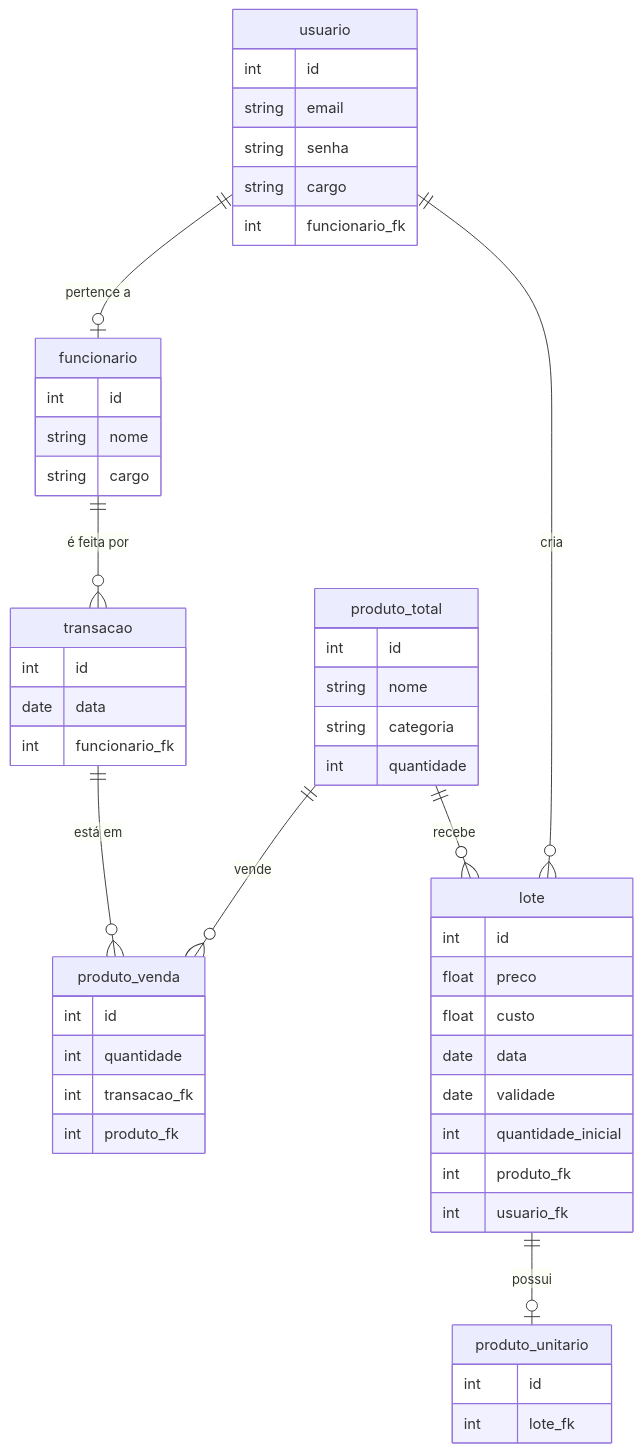
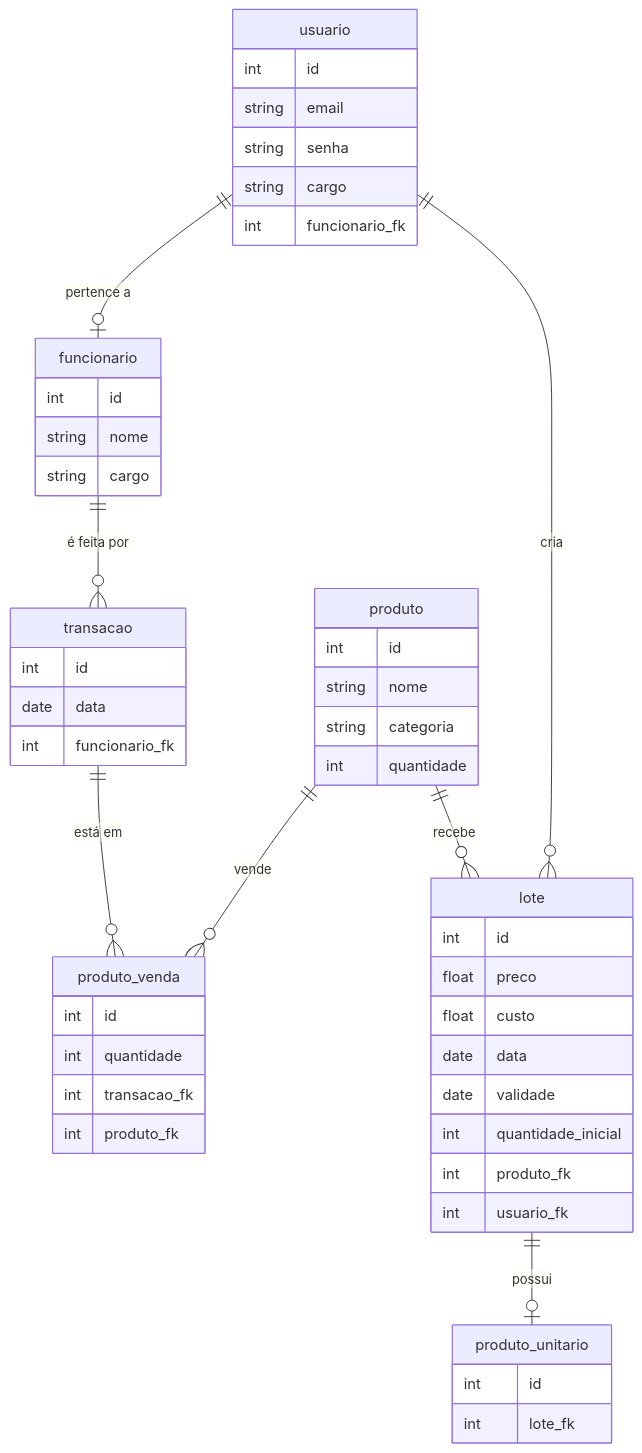
One commit to Gabriela-Amaro/gerenciamento-de-estoque changed the diagram in documentacao/modelo-conceitual.md. Above: the diagram before and after it, drawn with Mermaid.

````diff
--- a/documentacao/modelo-conceitual.md
+++ b/documentacao/modelo-conceitual.md
@@ -3,59 +3,59 @@
 ```mermaid
 erDiagram
     usuario {
         int id
         string email
         string senha
         string cargo
         int funcionario_fk
     }
 
     funcionario {
         int id
         string nome
         string cargo
     }
     usuario ||--o| funcionario : "pertence a"
 
     transacao {
         int id
         date data
         int funcionario_fk
     }
     funcionario ||--o{ transacao : "é feita por"
 
     produto_venda {
         int id
         int quantidade
         int transacao_fk
         int produto_fk
     }
     transacao ||--o{ produto_venda : "está em"
-    produto_total ||--o{ produto_venda : "vende"
+    produto ||--o{ produto_venda : "vende"
 
-    produto_total {
+    produto {
         int id
         string nome
         string categoria
         int quantidade
     }
 
     lote {
         int id
         float preco
         float custo
         date data
         date validade
         int quantidade_inicial
         int produto_fk
         int usuario_fk
     }
-    produto_total ||--o{ lote : "recebe"
+    produto ||--o{ lote : "recebe"
     usuario ||--o{ lote : "cria"
 
     produto_unitario {
         int id
         int lote_fk
     }
     lote ||--o| produto_unitario : "possui"
 ```
````
